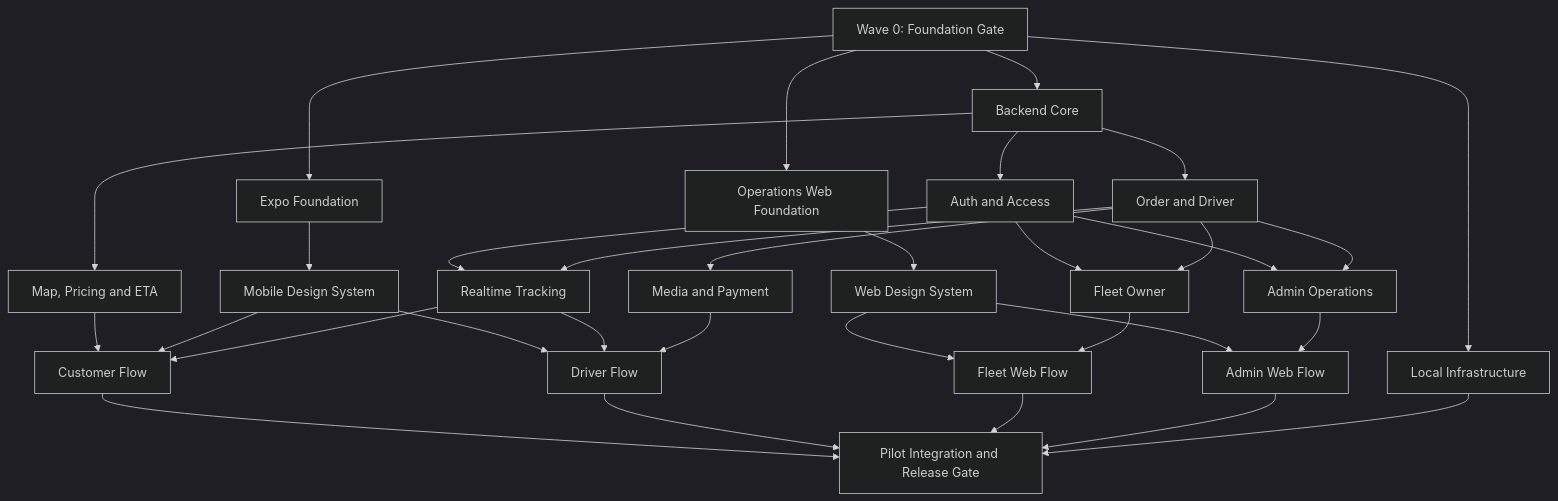
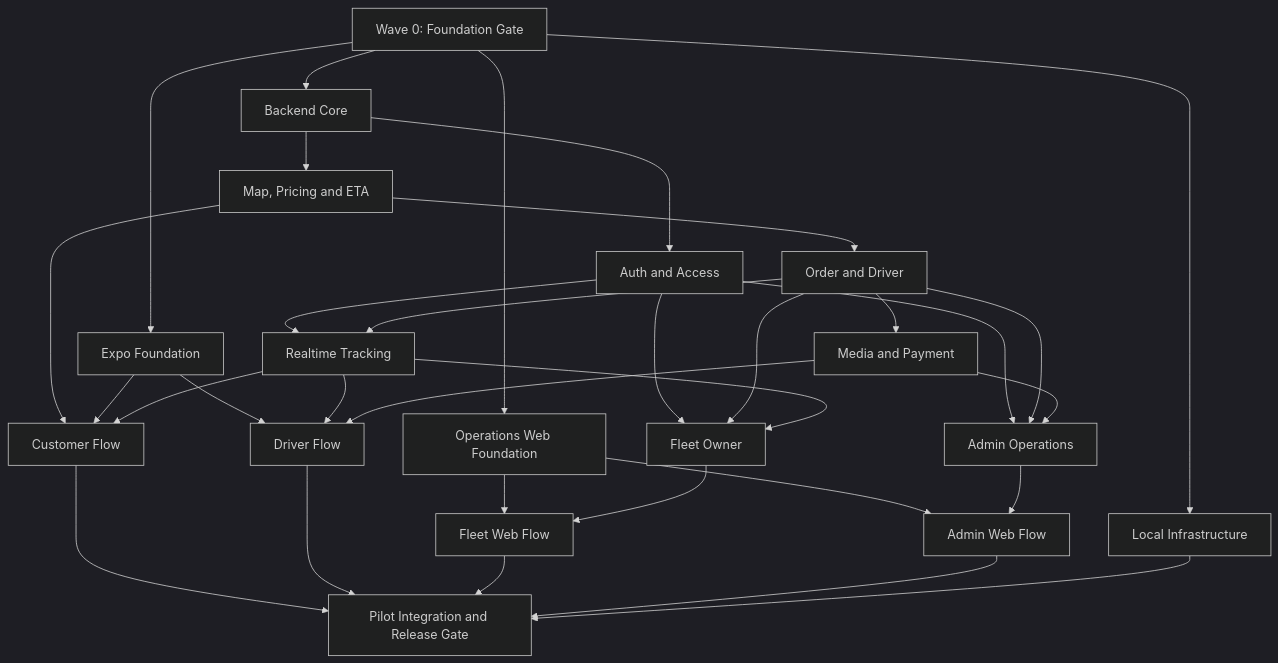
The diagram in docs/superpowers/specs/2026-07-12-multi-agent-delivery-design.md (truongcongtu318/leopard), drawn with Mermaid (dark theme) before and after one commit. The commit also changed other lines of this file and 18 other files, not shown here.

````diff
--- a/docs/superpowers/specs/2026-07-12-multi-agent-delivery-design.md
+++ b/docs/superpowers/specs/2026-07-12-multi-agent-delivery-design.md
@@ -84,34 +84,34 @@
 ```mermaid
 flowchart TD
   W0["Wave 0: Foundation Gate"] --> W1A["Backend Core"]
   W0 --> W1B["Expo Foundation"]
   W0 --> W1C["Operations Web Foundation"]
   W0 --> W1D["Local Infrastructure"]
   W1A --> W2A["Auth and Access"]
-  W1A --> W2B["Order and Driver"]
   W1A --> W2C["Map, Pricing and ETA"]
-  W1B --> W2D["Mobile Design System"]
-  W1C --> W2E["Web Design System"]
+  W2C --> W2B["Order and Driver"]
   W2A --> W3A["Realtime Tracking"]
   W2B --> W3A
   W2B --> W3B["Media and Payment"]
   W2A --> W3C["Fleet Owner"]
   W2B --> W3C
+  W3A --> W3C
   W2A --> W3D["Admin Operations"]
   W2B --> W3D
+  W3B --> W3D
   W2C --> W4A["Customer Flow"]
-  W2D --> W4A
+  W1B --> W4A
   W3A --> W4A
-  W2D --> W4B["Driver Flow"]
+  W1B --> W4B["Driver Flow"]
   W3A --> W4B
   W3B --> W4B
-  W2E --> W4C["Fleet Web Flow"]
+  W1C --> W4C["Fleet Web Flow"]
   W3C --> W4C
-  W2E --> W4D["Admin Web Flow"]
+  W1C --> W4D["Admin Web Flow"]
   W3D --> W4D
   W4A --> W5["Pilot Integration and Release Gate"]
   W4B --> W5
   W4C --> W5
   W4D --> W5
   W1D --> W5
 ```
````
